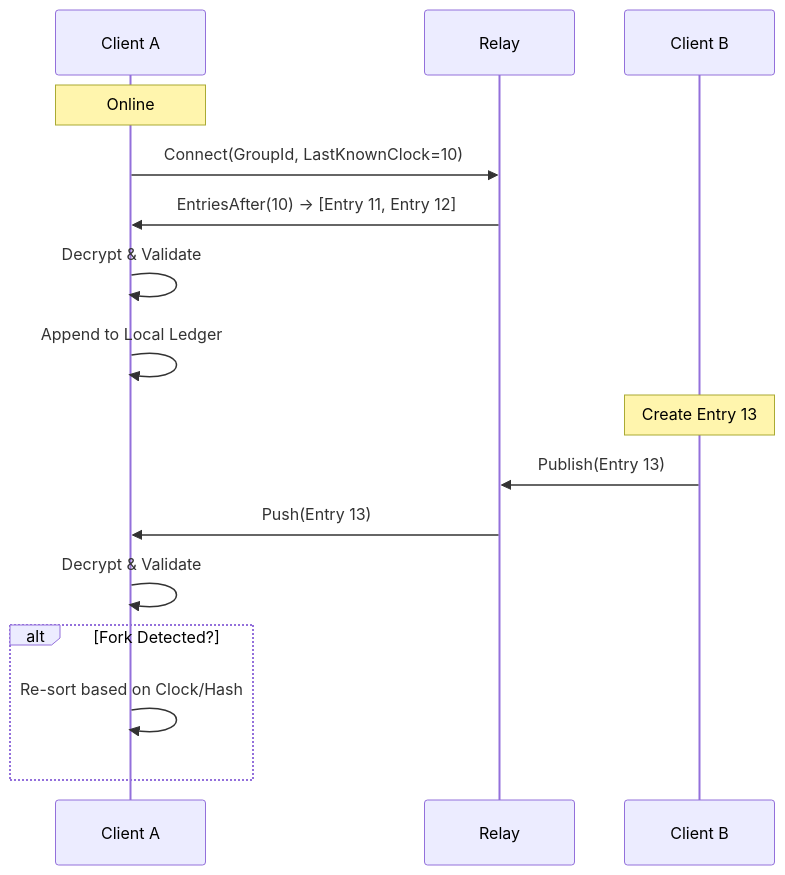
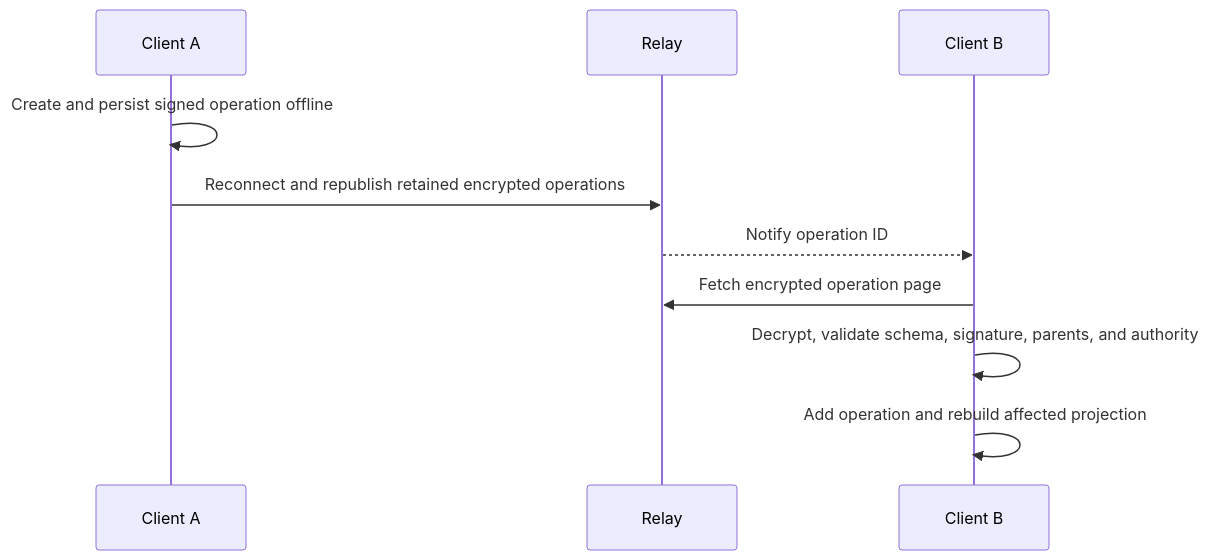
One commit to Tobael/split-ledger changed the diagram in docs/flows/04-synchronization.md. Above: the diagram before and after it, drawn with Mermaid. The commit also changed other lines of this file and 116 other files, not shown here.

Commit message:
feat: rearchitect Fair Money around protocol v2

````diff
--- a/docs/flows/04-synchronization.md
+++ b/docs/flows/04-synchronization.md
@@ -12,23 +3,12 @@
 ```mermaid
 sequenceDiagram
-    participant Client A
+    participant A as Client A
     participant Relay
-    participant Client B
-    
-    Note over Client A: Online
-    Client A->>Relay: Connect(GroupId, LastKnownClock=10)
-    Relay->>Client A: EntriesAfter(10) -> [Entry 11, Entry 12]
-    
-    Client A->>Client A: Decrypt & Validate
-    Client A->>Client A: Append to Local Ledger
-    
-    Note over Client B: Create Entry 13
-    Client B->>Relay: Publish(Entry 13)
-    
-    Relay->>Client A: Push(Entry 13)
-    Client A->>Client A: Decrypt & Validate
-    
-    alt Fork Detected?
-        Client A->>Client A: Re-sort based on Clock/Hash
-    end
+    participant B as Client B
+    A->>A: Create and persist signed operation offline
+    A->>Relay: Reconnect and republish retained encrypted operations
+    Relay-->>B: Notify operation ID
+    B->>Relay: Fetch encrypted operation page
+    B->>B: Decrypt, validate schema, signature, parents, and authority
+    B->>B: Add operation and rebuild affected projection
 ```
````
